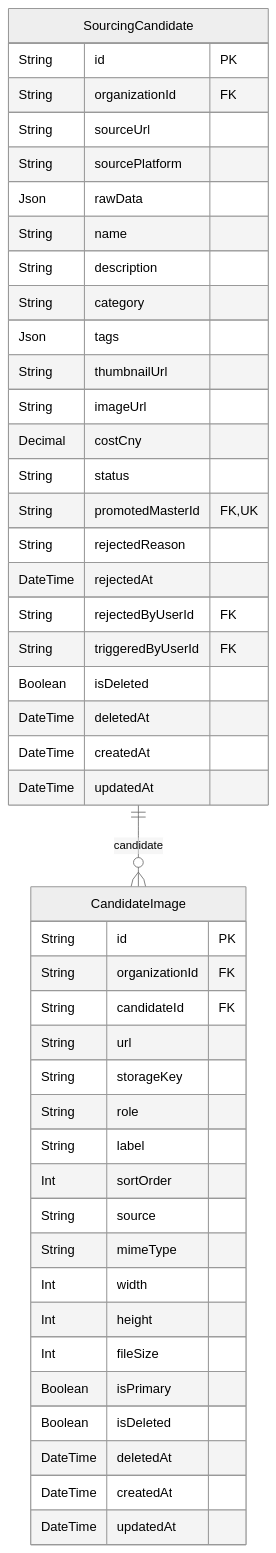
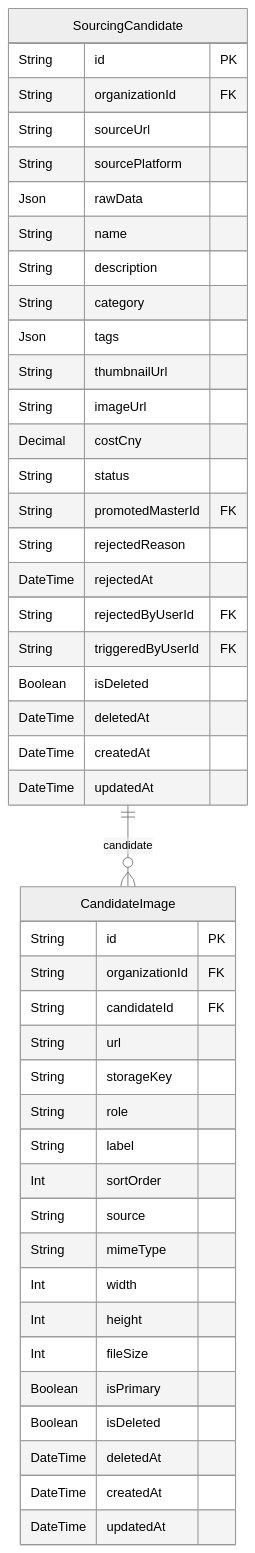
Before and after one commit to AgentFoundry-Labs/kiditem: the diagram in docs/erd/sourcing.md, drawn with Mermaid (neutral theme). The commit also changed 9 other files, not shown here.

First line of the commit message:
fix(sourcing): promotedMasterId no longer @unique (phase 1a, #192)

````diff
--- a/docs/erd/sourcing.md
+++ b/docs/erd/sourcing.md
@@ -17,48 +17,48 @@
 ```mermaid
 erDiagram
   CandidateImage {
     String id PK
     String organizationId FK
     String candidateId FK
     String url
     String storageKey
     String role
     String label
     Int sortOrder
     String source
     String mimeType
     Int width
     Int height
     Int fileSize
     Boolean isPrimary
     Boolean isDeleted
     DateTime deletedAt
     DateTime createdAt
     DateTime updatedAt
   }
   SourcingCandidate {
     String id PK
     String organizationId FK
     String sourceUrl
     String sourcePlatform
     Json rawData
     String name
     String description
     String category
     Json tags
     String thumbnailUrl
     String imageUrl
     Decimal costCny
     String status
-    String promotedMasterId FK,UK
+    String promotedMasterId FK
     String rejectedReason
     DateTime rejectedAt
     String rejectedByUserId FK
     String triggeredByUserId FK
     Boolean isDeleted
     DateTime deletedAt
     DateTime createdAt
     DateTime updatedAt
   }
   SourcingCandidate ||--o{ CandidateImage : "candidate"
 ```
````
